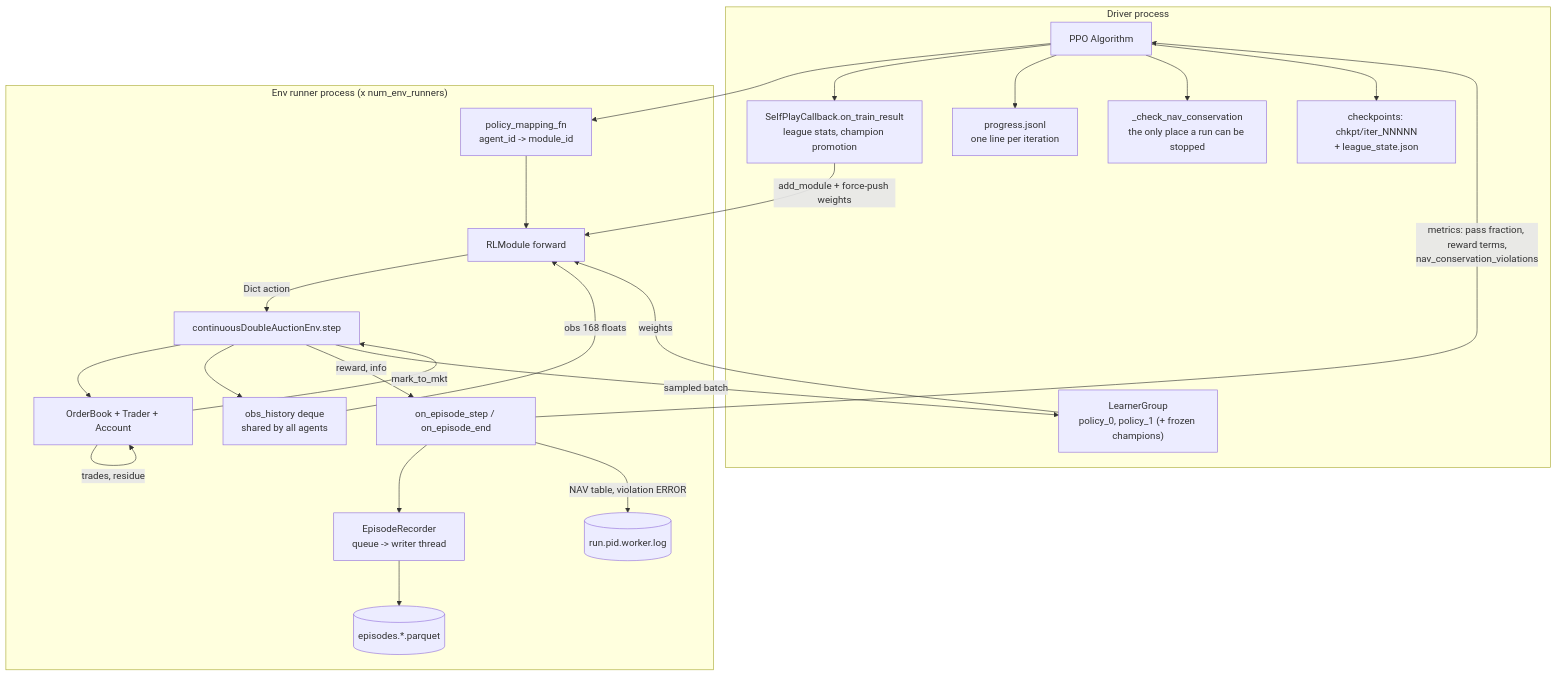
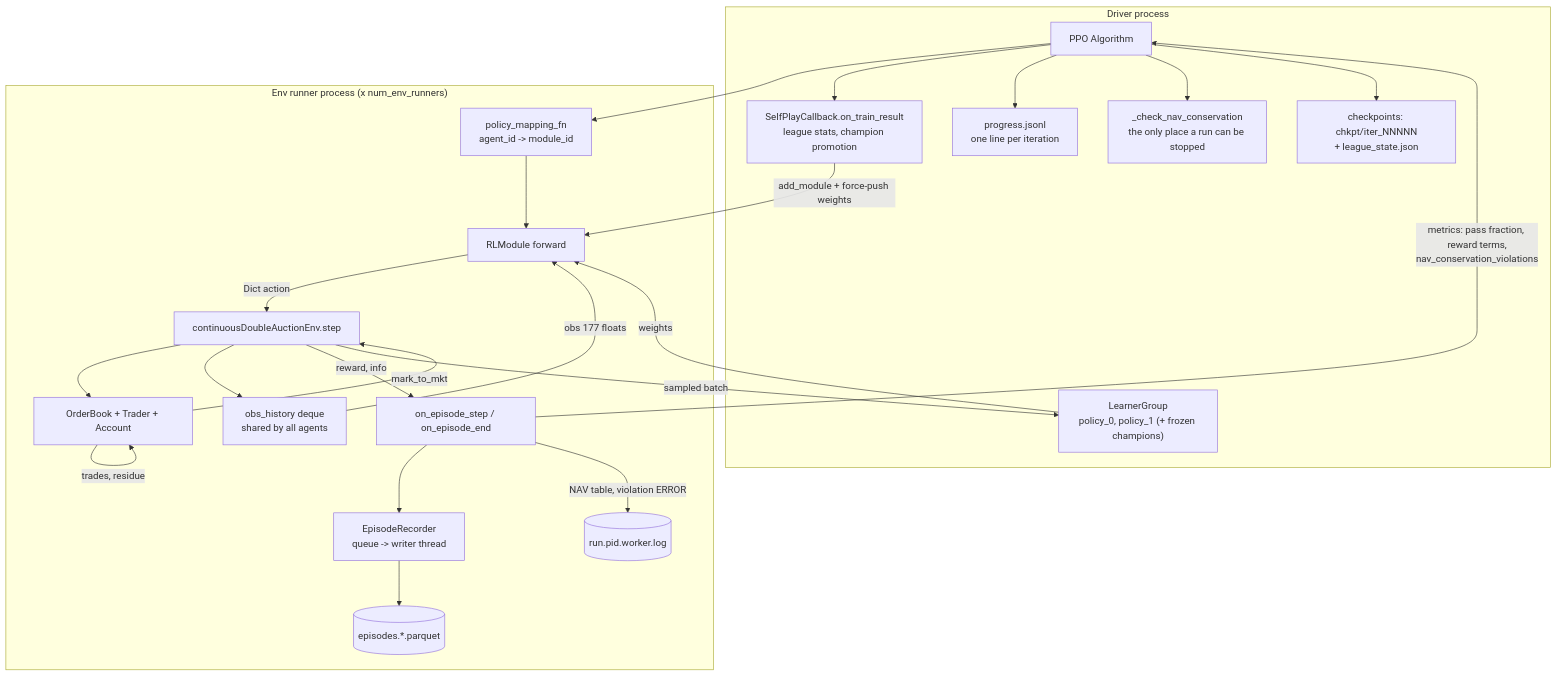
The fifth of 5 diagrams in doc/02_architecture.md (ChuaCheowHuan/gym-continuousDoubleAuction), drawn with Mermaid before and after one commit. The commit also changed other lines of this file and 27 other files, not shown here.

````diff
--- a/doc/02_architecture.md
+++ b/doc/02_architecture.md
@@ -552,43 +553,43 @@
 ```mermaid
 flowchart TB
     subgraph DRV["Driver process"]
         ALGO["PPO Algorithm"]
         LG["LearnerGroup<br/>policy_0, policy_1 (+ frozen champions)"]
         OTR["SelfPlayCallback.on_train_result<br/>league stats, champion promotion"]
         PROG["progress.jsonl<br/>one line per iteration"]
         NAVCHK["_check_nav_conservation<br/>the only place a run can be stopped"]
         CHK["checkpoints: chkpt/iter_NNNNN<br/>+ league_state.json"]
     end
 
     subgraph RUN["Env runner process (x num_env_runners)"]
         MAP["policy_mapping_fn<br/>agent_id -> module_id"]
         RLM["RLModule forward"]
         ENV["continuousDoubleAuctionEnv.step"]
         BOOK["OrderBook + Trader + Account"]
         OBSH["obs_history deque<br/>shared by all agents"]
         HOOKS["on_episode_step / on_episode_end"]
         REC["EpisodeRecorder<br/>queue -> writer thread"]
         PARQ[("episodes.*.parquet")]
         RLOG[("run.pid.worker.log")]
     end
 
     ALGO --> MAP
     MAP --> RLM
     RLM -->|"Dict action"| ENV
     ENV --> BOOK
     BOOK -->|"trades, residue"| BOOK
     BOOK -->|"mark_to_mkt"| ENV
     ENV --> OBSH
-    OBSH -->|"obs 168 floats"| RLM
+    OBSH -->|"obs 177 floats"| RLM
     ENV -->|"reward, info"| HOOKS
     HOOKS --> REC --> PARQ
     HOOKS -->|"NAV table, violation ERROR"| RLOG
     HOOKS -->|"metrics: pass fraction, reward terms,<br/>nav_conservation_violations"| ALGO
     ENV -->|"sampled batch"| LG
     LG -->|"weights"| RLM
     ALGO --> OTR
     OTR -->|"add_module + force-push weights"| RLM
     ALGO --> PROG
     ALGO --> NAVCHK
     ALGO --> CHK
 ```
````
